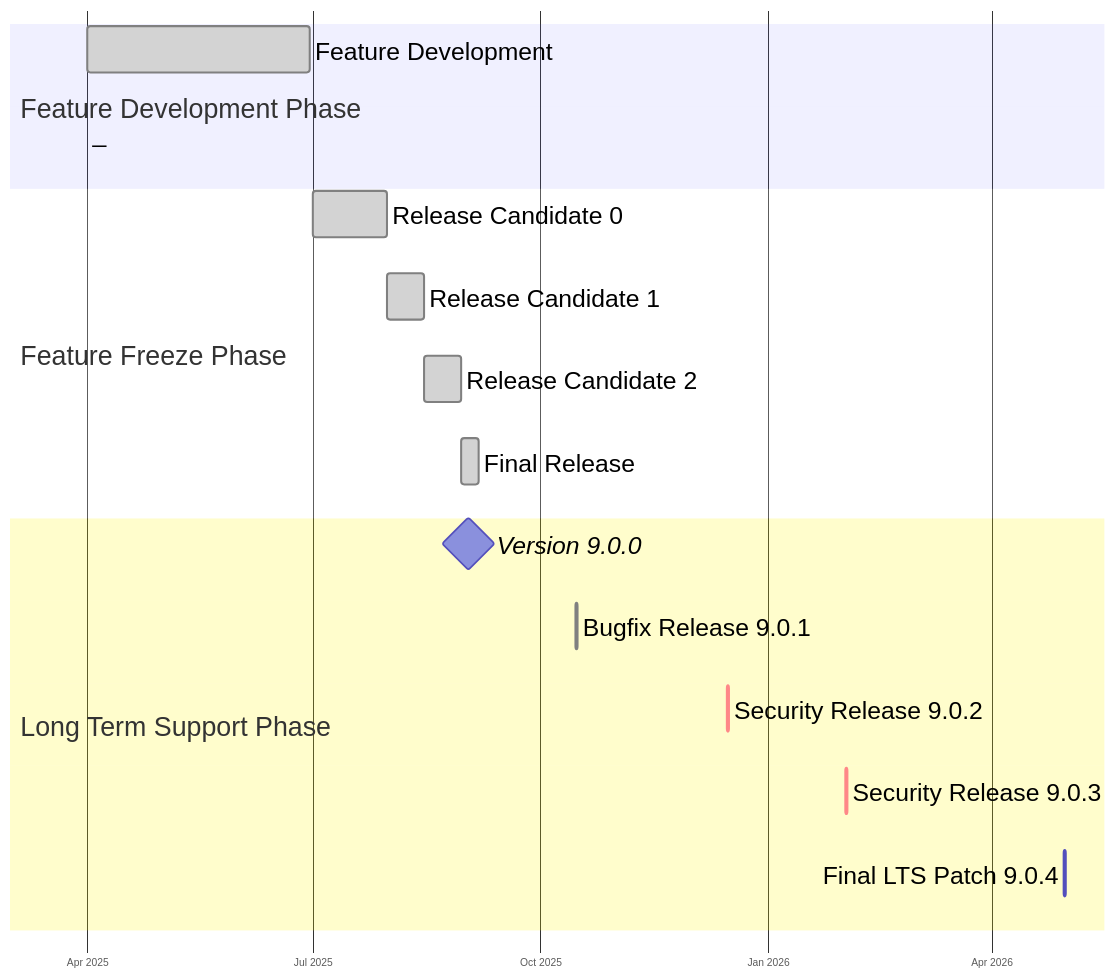
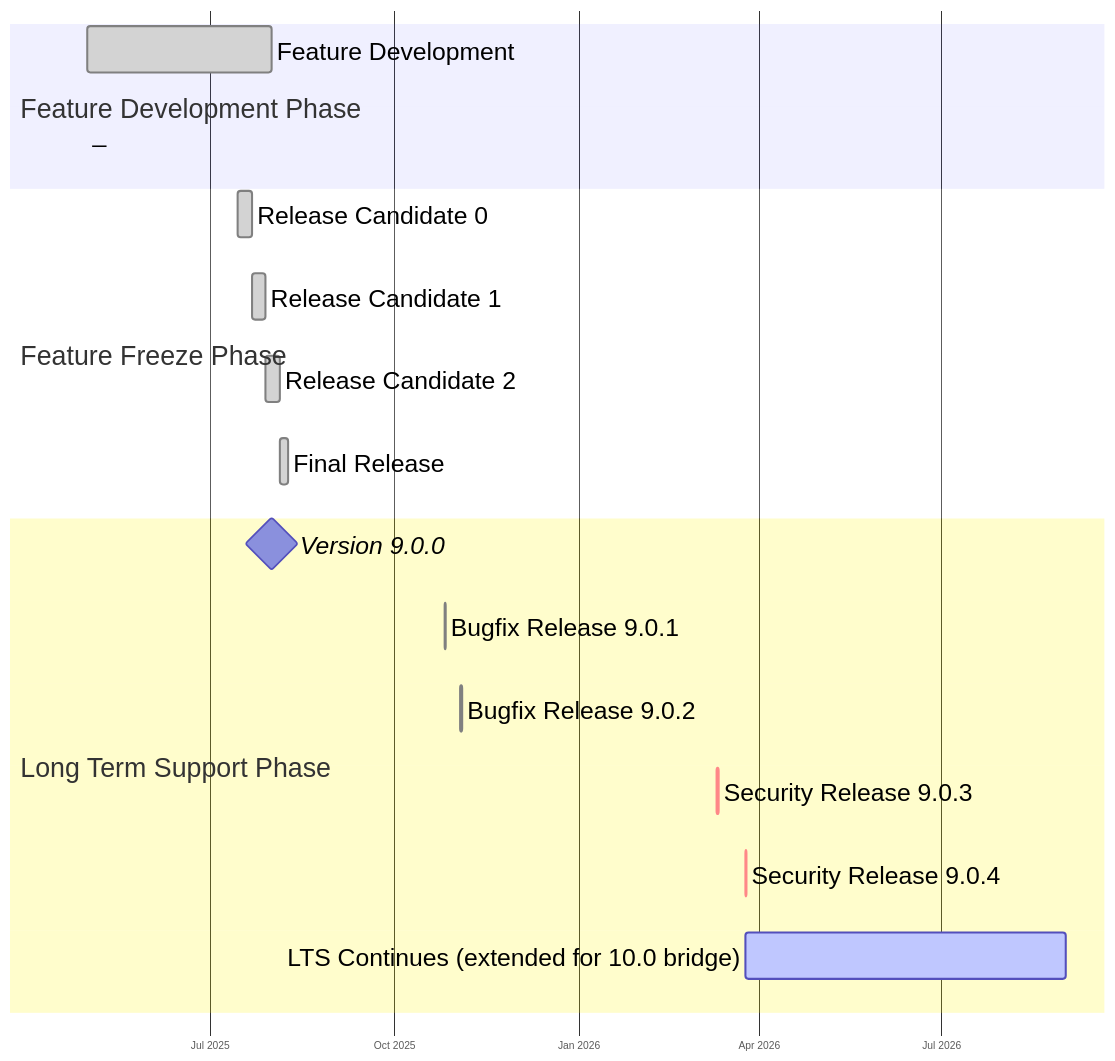
One commit to sequentech/step changed the third of 4 diagrams in docs/docusaurus/docs/05-reference/03-product_lifecycle_and_release_cadence.md. Above: the diagram before and after it, drawn with Mermaid. The commit also changed other lines of this file, not shown here.

````diff
--- a/docs/docusaurus/docs/05-reference/03-product_lifecycle_and_release_cadence.md
+++ b/docs/docusaurus/docs/05-reference/03-product_lifecycle_and_release_cadence.md
@@ -279,63 +282,64 @@
 ```mermaid
 ---
 config:
     logLevel: 'debug'
     theme: 'default'
     themeCSS: " \n
         .taskText { font-size: 14px; font-weight: 500; }
         rect[id^=feat_dev] { fill: #2de8b9; stroke-width: 3px; stroke: #2de8b9; }
         text[id^=feat_dev] { fill: #0f054c !important; font-size: 20px; font-weight: 600; }
         text[id^=feat_blank] { opacity: 0; }
         rect[id^=rc_] { fill: #ff9500; stroke-width: 3px; stroke: #cc7700; }
         text[id^=rc_] { fill: #0f054c !important; font-size: 20px; font-weight: 600; }
         rect[id^=final_] { fill: #0f054c; stroke-width: 4px; stroke: #0a0339; }
         text[id^=final_] { fill: #0f054c !important; font-size: 22px; font-weight: 700; }
         rect[id^=patch_] { fill: #2de8b9; stroke-width: 3px; stroke: #24c7a0; }
         text[id^=patch_] { fill: #0f054c !important; font-size: 20px; font-weight: 600; }
         rect[id^=security_] { fill: #e63946; stroke-width: 4px; stroke: #d62828; }
         text[id^=security_] { fill: #0f054c !important; font-size: 20px; font-weight: 700; }
         .sectionTitle { stroke: white; paint-order: stroke fill; fill: #0f054c; stroke-width: 8px; font-size: 28px; }
         g[class=tick] text { font-size: 18px; }
 
         /*** section backgrounds ***/
         .section0 { fill: #2de8b9; opacity: 0.2; }
         .section1 { fill: #ff9500; opacity: 0.2; }
         .section2 { fill: #6666ff7d; opacity: 0.5; }
         .section3 { fill: #fff400; opacity: 0.2; stroke: none; }
         .section4 { fill: #ffcccc; opacity: 0.3; }
     "
 ---
 %%{init:
     {
         "gantt": {
             "sectionFontSize": 26,
             "fontSize": 24,
             "barGap": 35,
             "barHeight": 45,
             "topPadding": 70
         }
     }
 }%%
 gantt
     todayMarker off
     dateFormat  YYYY-MM-DD
     axisFormat  %b %Y
     tickInterval 3month
     
     section Feature Development Phase
-    Feature Development     :done, feat_dev, 2025-04-01, 90d
-    _                        :done, feat_blank, 2025-04-01, 0
+    Feature Development     :done, feat_dev, 2025-05-01, 92d
+    _                        :done, feat_blank, 2025-05-01, 0
     
     section Feature Freeze Phase
-    Release Candidate 0     :done, rc_0, 2025-07-01, 30d
-    Release Candidate 1     :done, rc_1, after rc_0, 15d
-    Release Candidate 2     :done, rc_2, after rc_1, 15d
-    Final Release           :done, final_release, after rc_2, 7d
+    Release Candidate 0     :done, rc_0, 2025-07-15, 7d
+    Release Candidate 1     :done, rc_1, after rc_0, 7d
+    Release Candidate 2     :done, rc_2, after rc_1, 7d
+    Final Release           :done, final_release, after rc_2, 4d
 
     section Long Term Support Phase
-    Version 9.0.0         :milestone, 2025-09-02, 0d
-    Bugfix Release 9.0.1  :done, patch_1, 2025-10-15, 1d
-    Security Release 9.0.2 :crit, sec2, 2025-12-15, 1d
-    Security Release 9.0.3 :crit, sec3, 2026-02-01, 1d
-    Final LTS Patch 9.0.4 :active, patch_4, 2026-04-30, 1d
+    Version 9.0.0         :milestone, 2025-08-01, 0d
+    Bugfix Release 9.0.1  :done, patch_1, 2025-10-26, 1d
+    Bugfix Release 9.0.2  :done, sec2, 2025-11-03, 1d
+    Security Release 9.0.3 :crit, sec3, 2026-03-11, 1d
+    Security Release 9.0.4 :crit, patch_4, 2026-03-25, 1d
+    LTS Continues (extended for 10.0 bridge) :active, lts_cont, 2026-03-25, 2026-09-01
 ```
````
